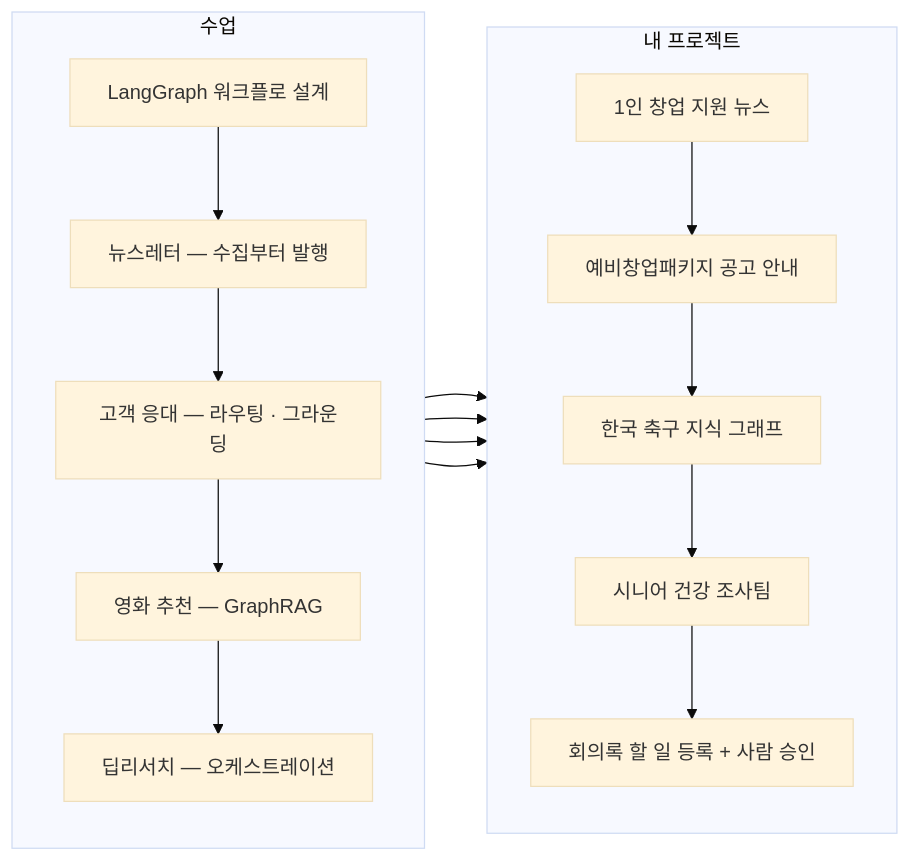
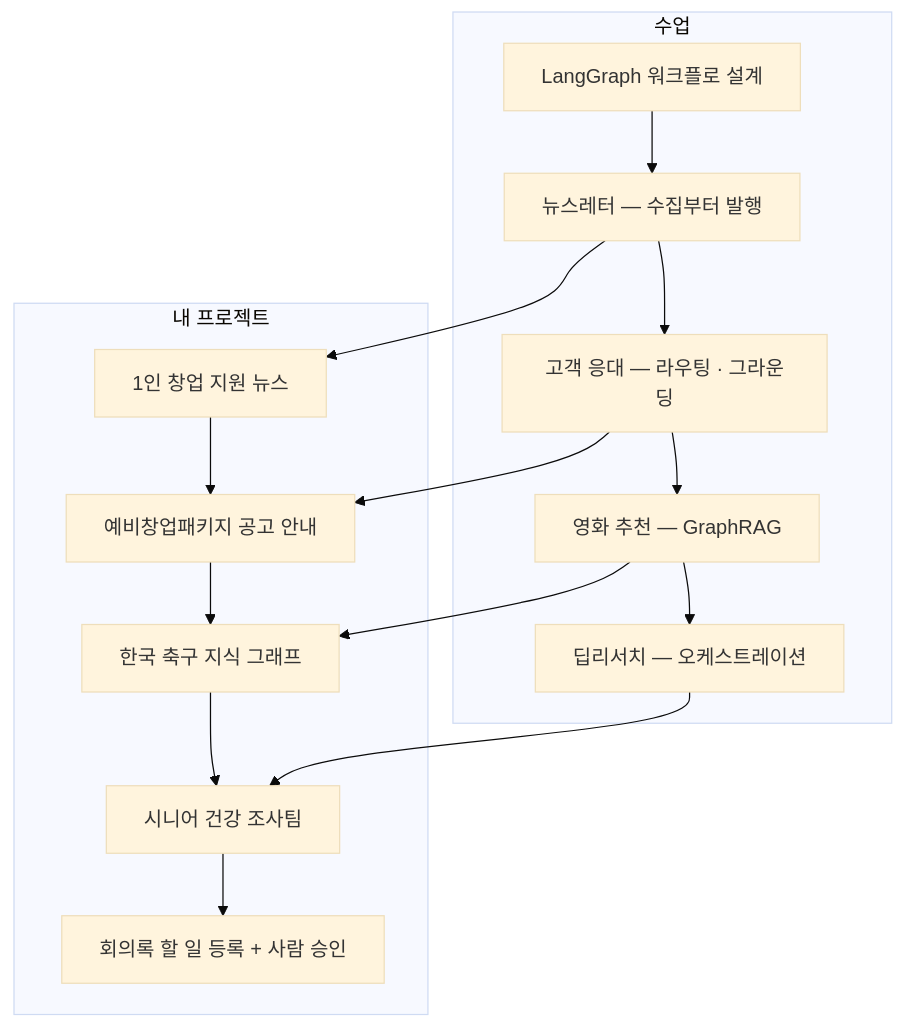
One commit to nike1137-svg/blog changed the diagram in _posts/2026-09-29-agent-team-wrap-up.md. Above: the diagram before and after it, drawn with Mermaid (base theme).

Commit message:
글 고침: WRAP UP 첫 그림을 세로 배치로 (가로 한 줄로 그려져 글자가 작았음)

````diff
--- a/_posts/2026-09-29-agent-team-wrap-up.md
+++ b/_posts/2026-09-29-agent-team-wrap-up.md
@@ -21,21 +21,19 @@
 ```mermaid
-flowchart LR
+flowchart TD
   subgraph L["수업"]
-    direction TB
     a1["LangGraph 워크플로 설계"] --> a2["뉴스레터 — 수집부터 발행"]
     a2 --> a4["고객 응대 — 라우팅 · 그라운딩"]
     a4 --> a6["영화 추천 — GraphRAG"]
     a6 --> a8["딥리서치 — 오케스트레이션"]
   end
   subgraph R["내 프로젝트"]
-    direction TB
     p3["1인 창업 지원 뉴스"] --> p5["예비창업패키지 공고 안내"]
     p5 --> p7["한국 축구 지식 그래프"]
     p7 --> p9["시니어 건강 조사팀"]
     p9 --> p10["회의록 할 일 등록 + 사람 승인"]
   end
   a2 --> p3
   a4 --> p5
   a6 --> p7
   a8 --> p9
 ```
````
